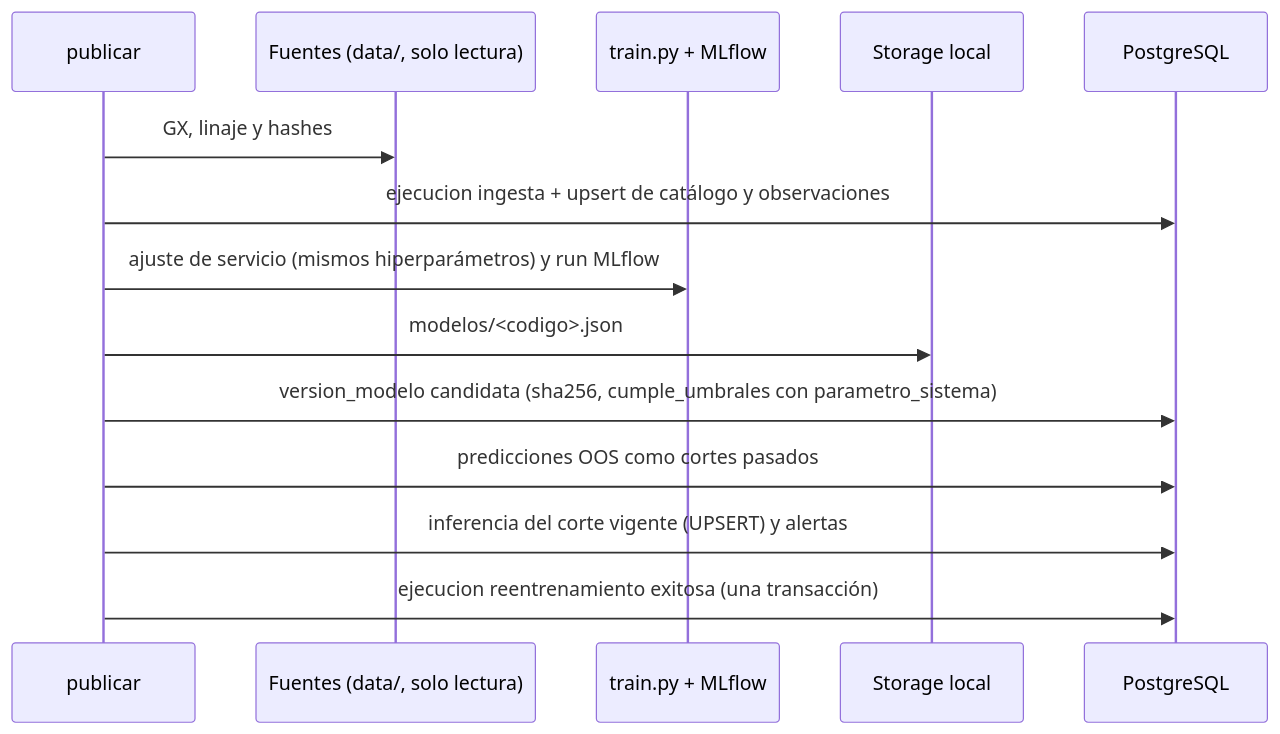
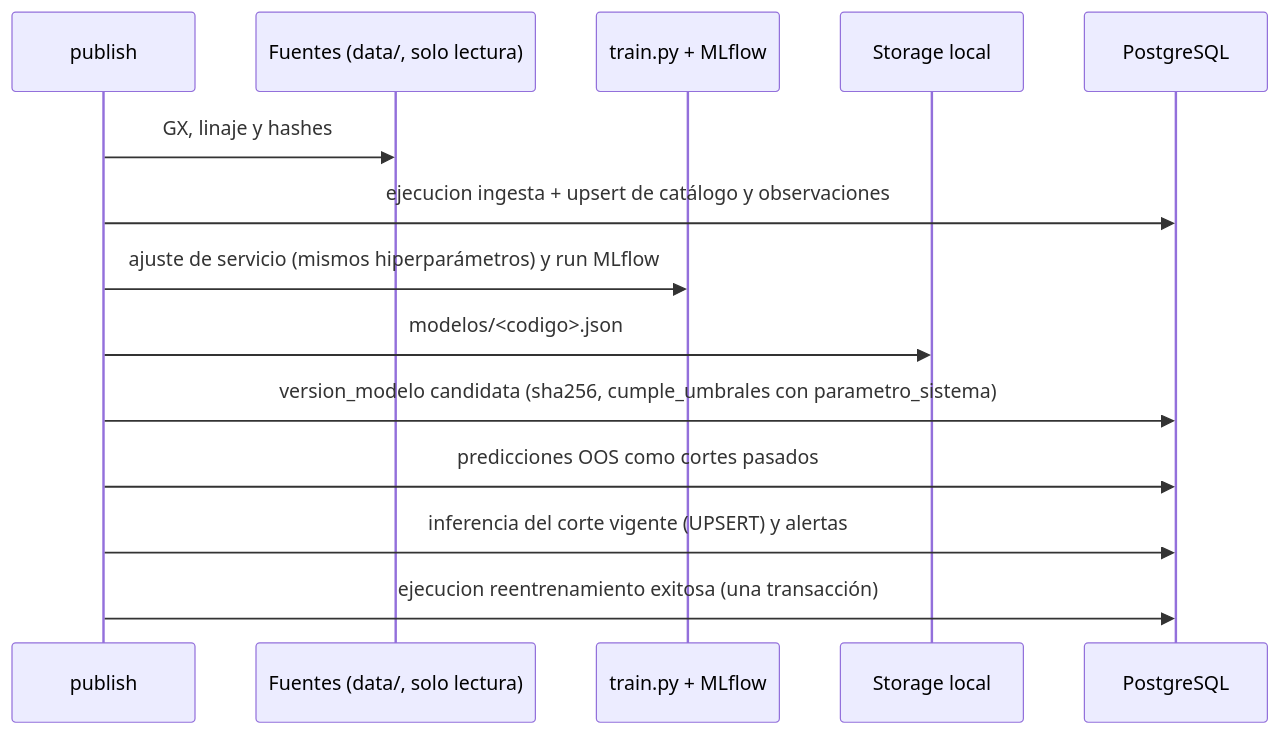
Before and after one commit to panconlocro/Denguekay: the second of 3 diagrams in docs/backend/arquitectura.md, drawn with Mermaid. The commit also changed other lines of this file and 16 other files, not shown here.

````diff
--- a/docs/backend/arquitectura.md
+++ b/docs/backend/arquitectura.md
@@ -42,16 +42,16 @@
 ```mermaid
 sequenceDiagram
-  participant CLI as publicar
+  participant CLI as publish
   participant F as Fuentes (data/, solo lectura)
   participant M as train.py + MLflow
   participant S as Storage local
   participant BD as PostgreSQL
   CLI->>F: GX, linaje y hashes
   CLI->>BD: ejecucion ingesta + upsert de catálogo y observaciones
   CLI->>M: ajuste de servicio (mismos hiperparámetros) y run MLflow
   CLI->>S: modelos/<codigo>.json
   CLI->>BD: version_modelo candidata (sha256, cumple_umbrales con parametro_sistema)
   CLI->>BD: predicciones OOS como cortes pasados
   CLI->>BD: inferencia del corte vigente (UPSERT) y alertas
   CLI->>BD: ejecucion reentrenamiento exitosa (una transacción)
 ```
````
